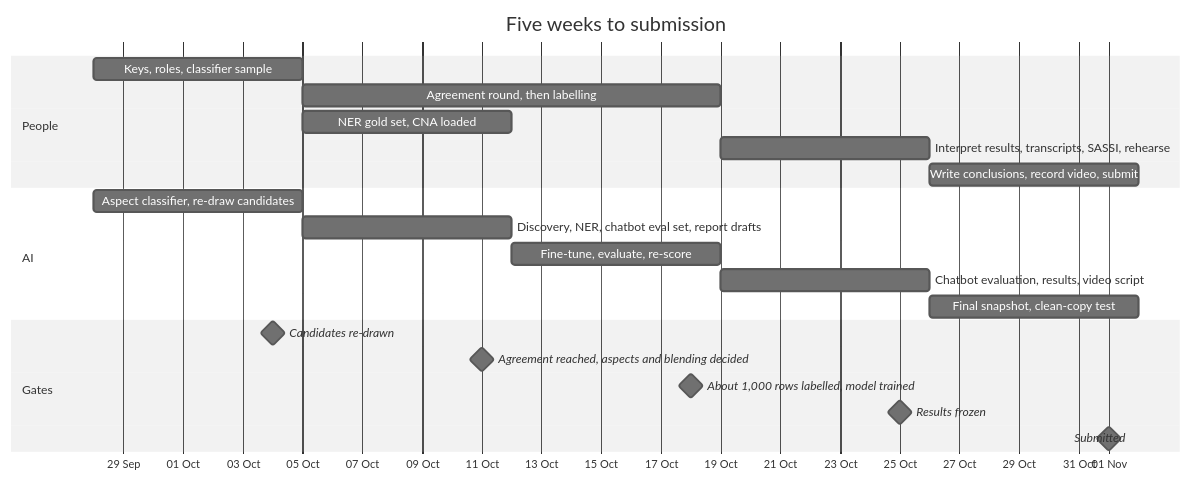
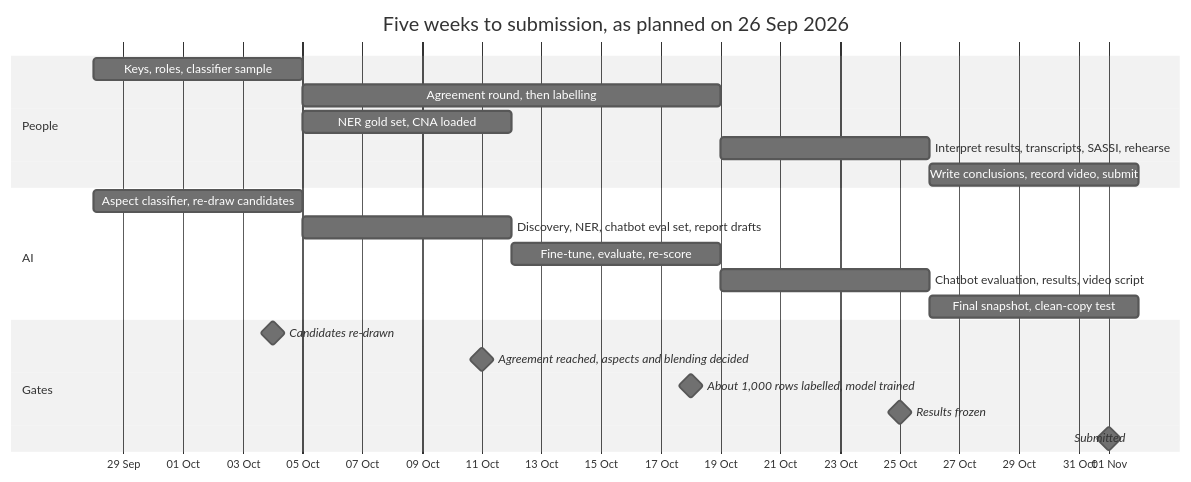
Before and after one commit to Gavingyh/plp-project: the diagram in docs/diagrams/src/10-plan.mmd, drawn with Mermaid (neutral theme). The commit also changed 124 other files, not shown here.

```diff
--- a/docs/diagrams/src/10-plan.mmd
+++ b/docs/diagrams/src/10-plan.mmd
@@ -1,28 +1,28 @@
 gantt
   accTitle: Plan to 1 November 2026
-  accDescr: Five weekly stages from 28 September to 1 November, people's work and AI work side by side, each week ending in a gate.
-  title Five weeks to submission
+  accDescr: The plan as drawn on 26 September 2026: five weekly stages from 28 September to 1 November, people's work and AI work side by side, each week ending in a gate.
+  title Five weeks to submission, as planned on 26 Sep 2026
   dateFormat YYYY-MM-DD
   axisFormat %d %b
   todayMarker off
 
   section People
   Keys, roles, classifier sample                    :p1, 2026-09-28, 7d
   Agreement round, then labelling                   :p2, 2026-10-05, 14d
   NER gold set, CNA loaded                          :p3, 2026-10-05, 7d
   Interpret results, transcripts, SASSI, rehearse   :p4, 2026-10-19, 7d
   Write conclusions, record video, submit           :p5, 2026-10-26, 7d
 
   section AI
   Aspect classifier, re-draw candidates             :a1, 2026-09-28, 7d
   Discovery, NER, chatbot eval set, report drafts   :a2, 2026-10-05, 7d
   Fine-tune, evaluate, re-score                     :a3, 2026-10-12, 7d
   Chatbot evaluation, results, video script         :a4, 2026-10-19, 7d
   Final snapshot, clean-copy test                   :a5, 2026-10-26, 7d
 
   section Gates
   Candidates re-drawn                               :milestone, g1, 2026-10-04, 0d
   Agreement reached, aspects and blending decided   :milestone, g2, 2026-10-11, 0d
   About 1,000 rows labelled, model trained          :milestone, g3, 2026-10-18, 0d
   Results frozen                                    :milestone, g4, 2026-10-25, 0d
   Submitted                                         :milestone, g5, 2026-11-01, 0d
```
